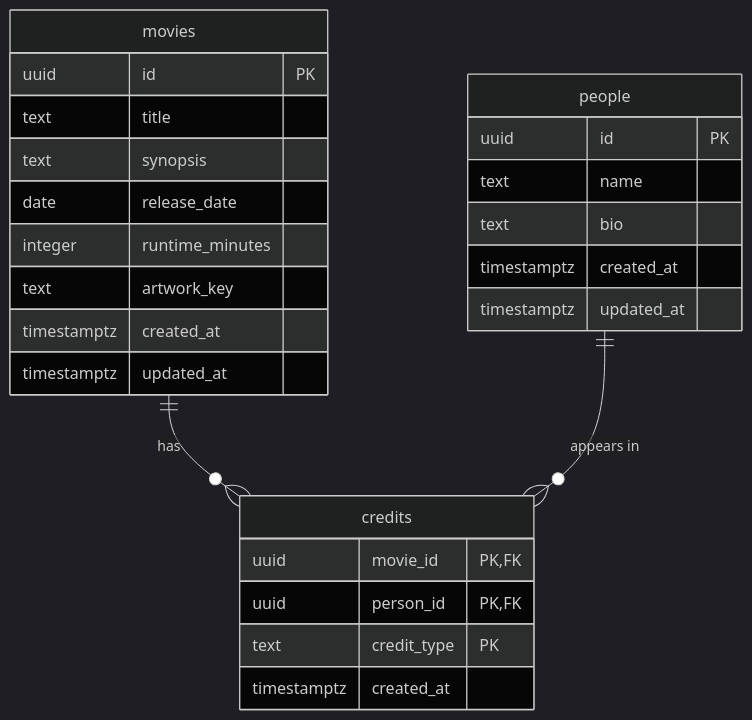
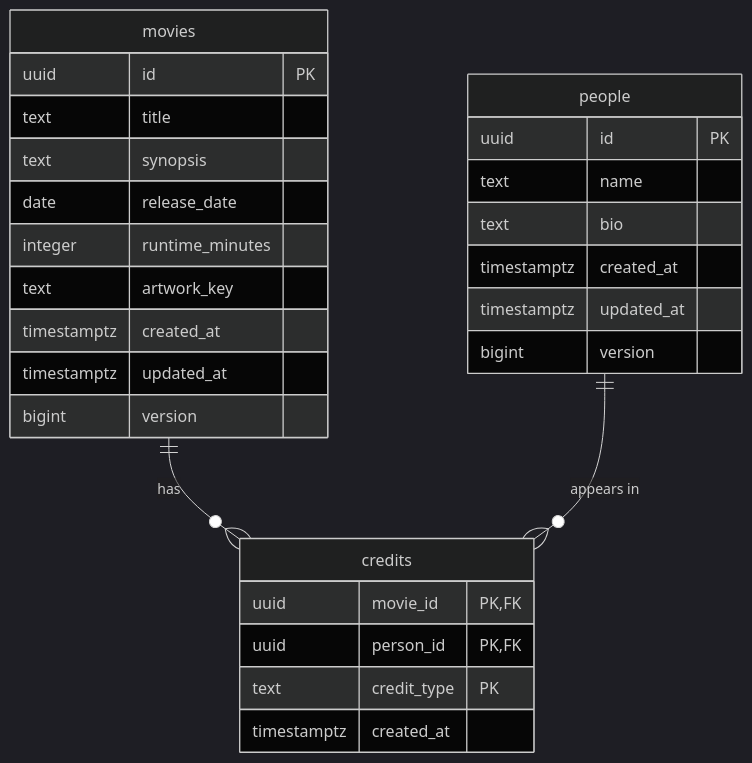
One commit to dancepop/svelte-kotlin-try changed the diagram in docs/database-design.md. Above: the diagram before and after it, drawn with Mermaid (dark theme). The commit also changed other lines of this file and 125 other files, not shown here.

````diff
--- a/docs/database-design.md
+++ b/docs/database-design.md
@@ -84,29 +84,31 @@
 ```mermaid
 erDiagram
   movies ||--o{ credits : "has"
   people ||--o{ credits : "appears in"
 
   movies {
     uuid id PK
     text title
     text synopsis
     date release_date
     integer runtime_minutes
     text artwork_key
     timestamptz created_at
     timestamptz updated_at
+    bigint version
   }
   people {
     uuid id PK
     text name
     text bio
     timestamptz created_at
     timestamptz updated_at
+    bigint version
   }
   credits {
     uuid movie_id PK,FK
     uuid person_id PK,FK
     text credit_type PK
     timestamptz created_at
   }
 ```
````
